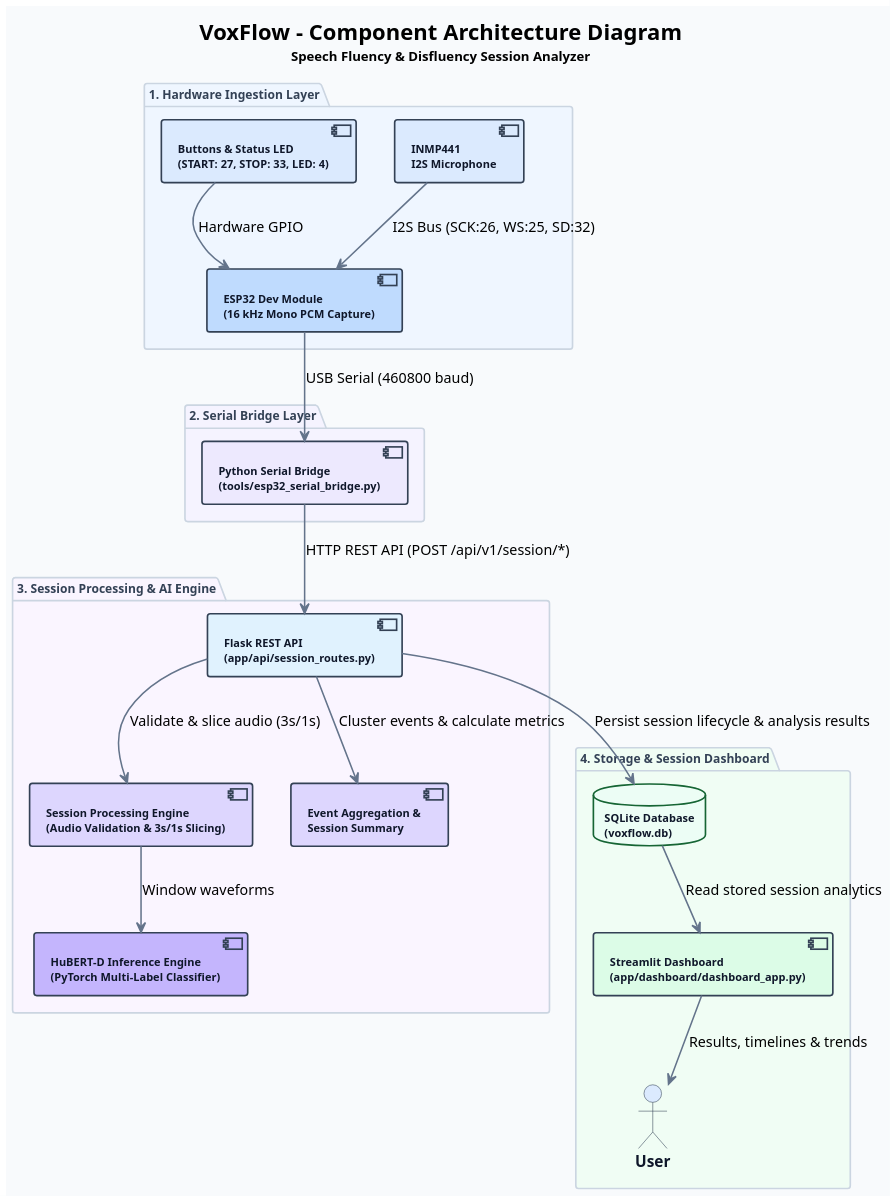
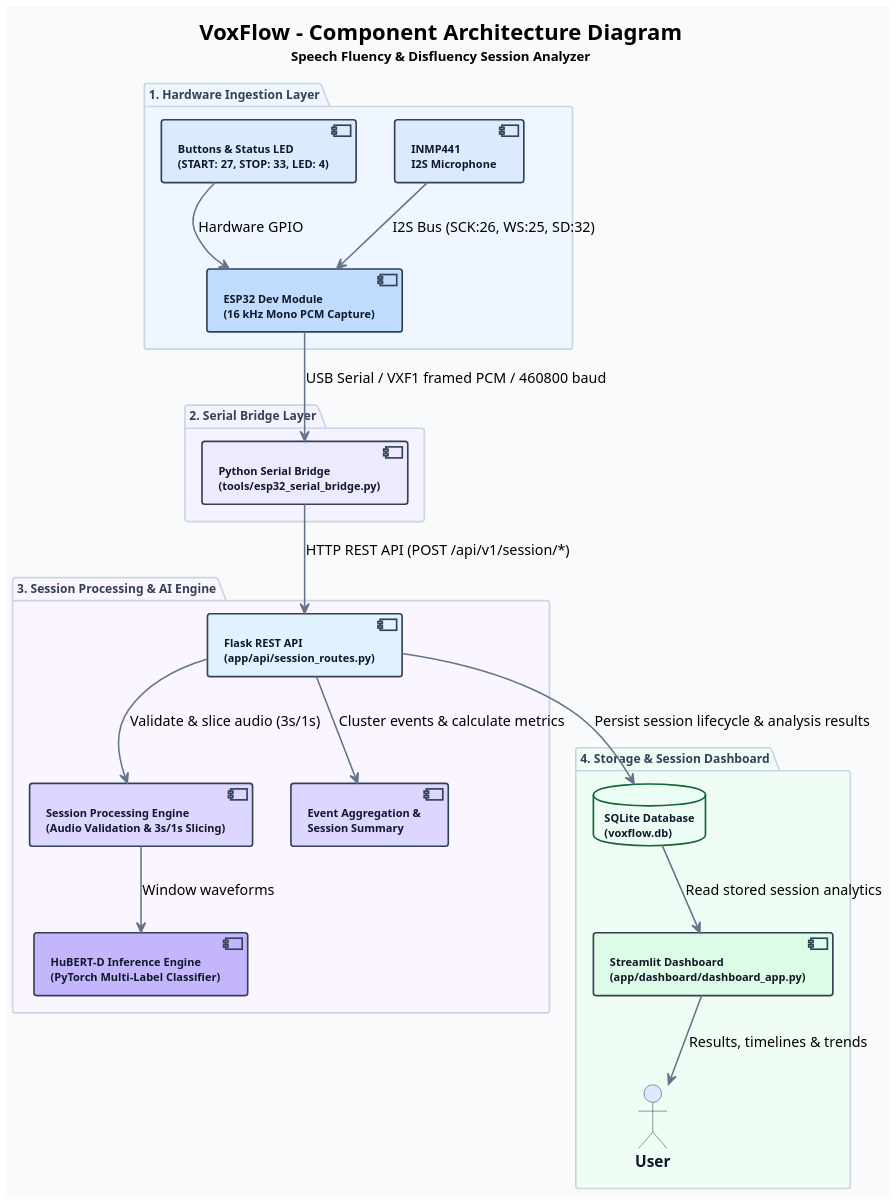
One commit to PetaSivaNandhanReddy/voxflow changed the diagram in VoxFlow_uml/VoxFlow_uml/architecture_design/08_component.puml. Above: the diagram before and after it, drawn with PlantUML. The commit also changed 17 other files, not shown here.

Commit message:
docs(diagrams): align UML with VXF1 streaming architecture

```diff
--- a/VoxFlow_uml/VoxFlow_uml/architecture_design/08_component.puml
+++ b/VoxFlow_uml/VoxFlow_uml/architecture_design/08_component.puml
@@ -1,103 +1,103 @@
 @startuml
 title <size:20><b>VoxFlow - Component Architecture Diagram</b></size>\n<size:12>Speech Fluency & Disfluency Session Analyzer</size>
 
 skinparam backgroundColor #F8FAFC
 skinparam shadowing false
 skinparam dpi 170
 
 skinparam component {
     BackgroundColor #FFFFFF
     BorderColor #334155
     BorderThickness 1.5
     FontColor #0F172A
     FontSize 10
     FontStyle bold
 }
 
 skinparam package {
     BackgroundColor #F8FAFC
     BorderColor #CBD5E1
     BorderThickness 1.5
     FontColor #334155
     FontSize 11
     FontStyle bold
 }
 
 skinparam database {
     BackgroundColor #ECFDF5
     BorderColor #166534
     BorderThickness 1.5
     FontColor #0F172A
     FontSize 10
     FontStyle bold
 }
 
 skinparam actor {
     BackgroundColor #DBEAFE
     BorderColor #334155
     FontColor #0F172A
     FontStyle bold
 }
 
 skinparam ArrowColor #64748B
 skinparam ArrowThickness 1.4
 
 ' =========================================================
 ' 1. HARDWARE LAYER
 ' =========================================================
 
 package "1. Hardware Ingestion Layer" #EFF6FF {
     component "INMP441\nI2S Microphone" as Mic #DBEAFE
     component "Buttons & Status LED\n(START: 27, STOP: 33, LED: 4)" as Controls #DBEAFE
     component "ESP32 Dev Module\n(16 kHz Mono PCM Capture)" as ESP #BFDBFE
 
     Mic --> ESP : I2S Bus (SCK:26, WS:25, SD:32)
     Controls --> ESP : Hardware GPIO
 }
 
 ' =========================================================
 ' 2. SERIAL INGESTION LAYER
 ' =========================================================
 
 package "2. Serial Bridge Layer" #F5F3FF {
     component "Python Serial Bridge\n(tools/esp32_serial_bridge.py)" as Bridge #EDE9FE
 }
 
 ' =========================================================
 ' 3. BACKEND & AI ENGINE
 ' =========================================================
 
 package "3. Session Processing & AI Engine" #FAF5FF {
     component "Flask REST API\n(app/api/session_routes.py)" as API #E0F2FE
     component "Session Processing Engine\n(Audio Validation & 3s/1s Slicing)" as Engine #DDD6FE
     component "HuBERT-D Inference Engine\n(PyTorch Multi-Label Classifier)" as Model #C4B5FD
     component "Event Aggregation &\nSession Summary" as Summary #DDD6FE
 
     API --> Engine : Validate & slice audio (3s/1s)
     Engine --> Model : Window waveforms
     API --> Summary : Cluster events & calculate metrics
 }
 
 ' =========================================================
 ' 4. STORAGE & DASHBOARD
 ' =========================================================
 
 package "4. Storage & Session Dashboard" #F0FDF4 {
     database "SQLite Database\n(voxflow.db)" as DB #ECFDF5
     component "Streamlit Dashboard\n(app/dashboard/dashboard_app.py)" as UI #DCFCE7
 
     actor "User" as User #DBEAFE
 
     API --> DB : Persist session lifecycle & analysis results
     DB --> UI : Read stored session analytics
     UI --> User : Results, timelines & trends
 }
 
 ' =========================================================
 ' CROSS-LAYER CONNECTIONS
 ' =========================================================
 
-ESP --> Bridge : USB Serial (460800 baud)
+ESP --> Bridge : USB Serial / VXF1 framed PCM / 460800 baud
 Bridge --> API : HTTP REST API (POST /api/v1/session/*)
 
 @enduml
```
